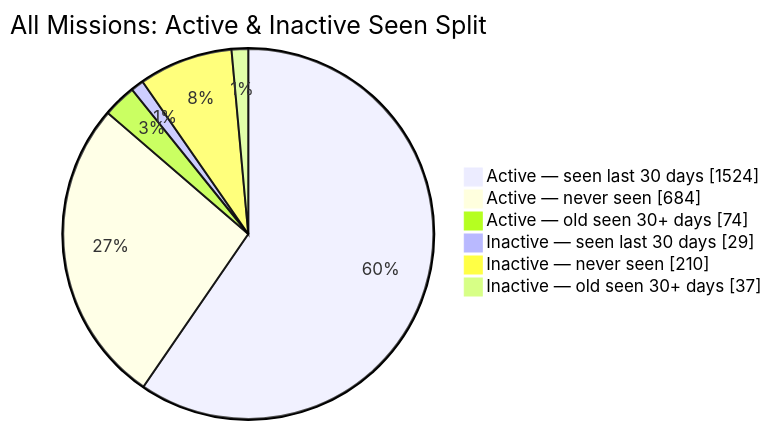
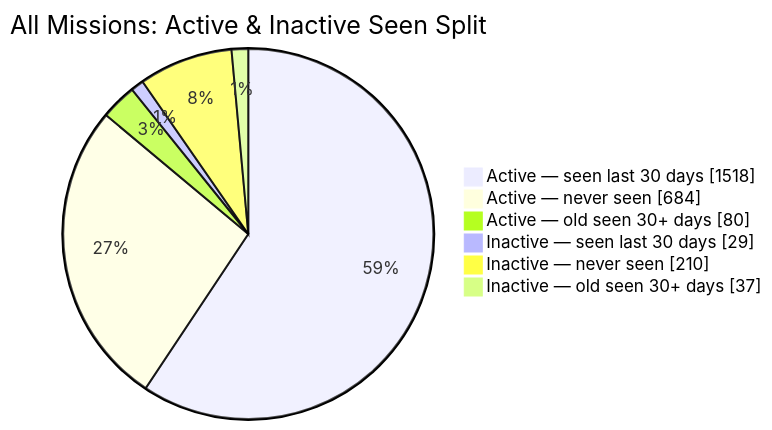
One commit to MeldkamerspelGameTeam/active-missions changed the second of 2 diagrams in README.md. Above: the diagram before and after it, drawn with Mermaid. The commit also changed other lines of this file and 2 other files, not shown here.

````diff
--- a/README.md
+++ b/README.md
@@ -44,10 +44,10 @@
 ```mermaid
 pie showData
     title All Missions: Active & Inactive Seen Split
-    "Active — seen last 30 days" : 1524
+    "Active — seen last 30 days" : 1518
     "Active — never seen" : 684
-    "Active — old seen 30+ days" : 74
+    "Active — old seen 30+ days" : 80
     "Inactive — seen last 30 days" : 29
     "Inactive — never seen" : 210
     "Inactive — old seen 30+ days" : 37
 ```
````
